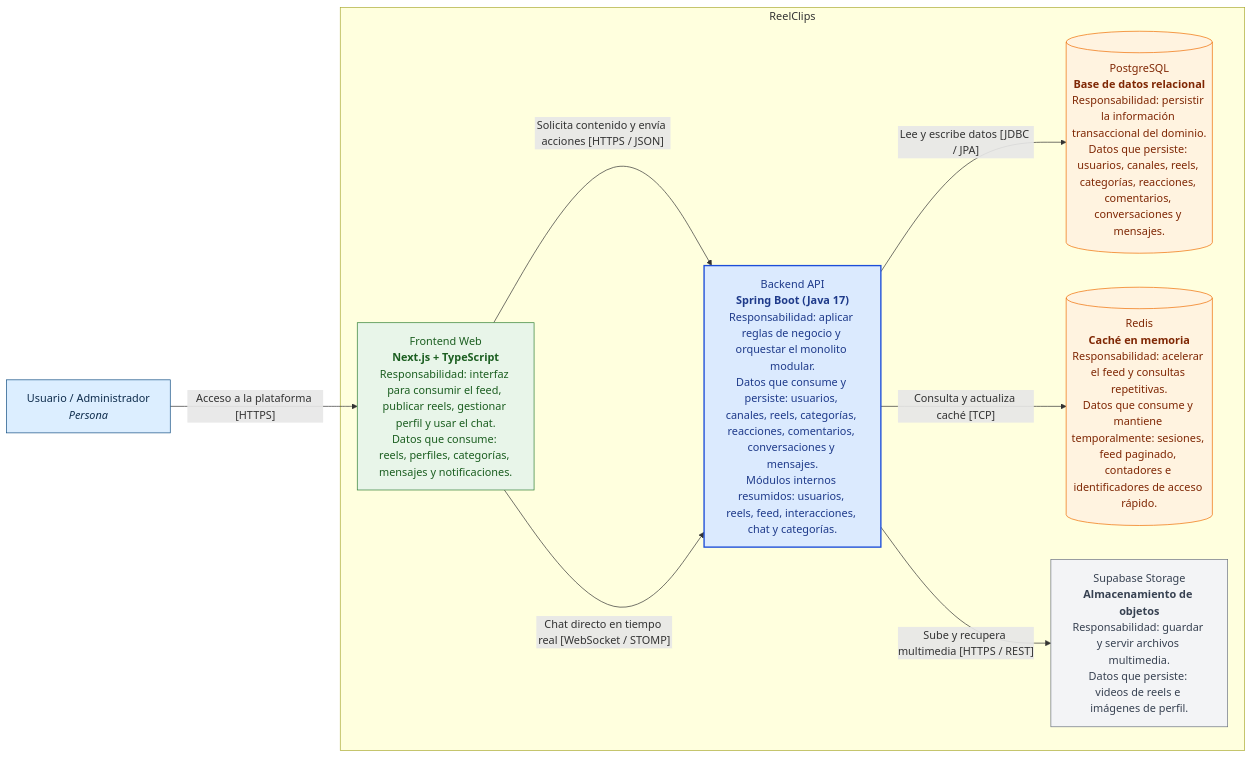
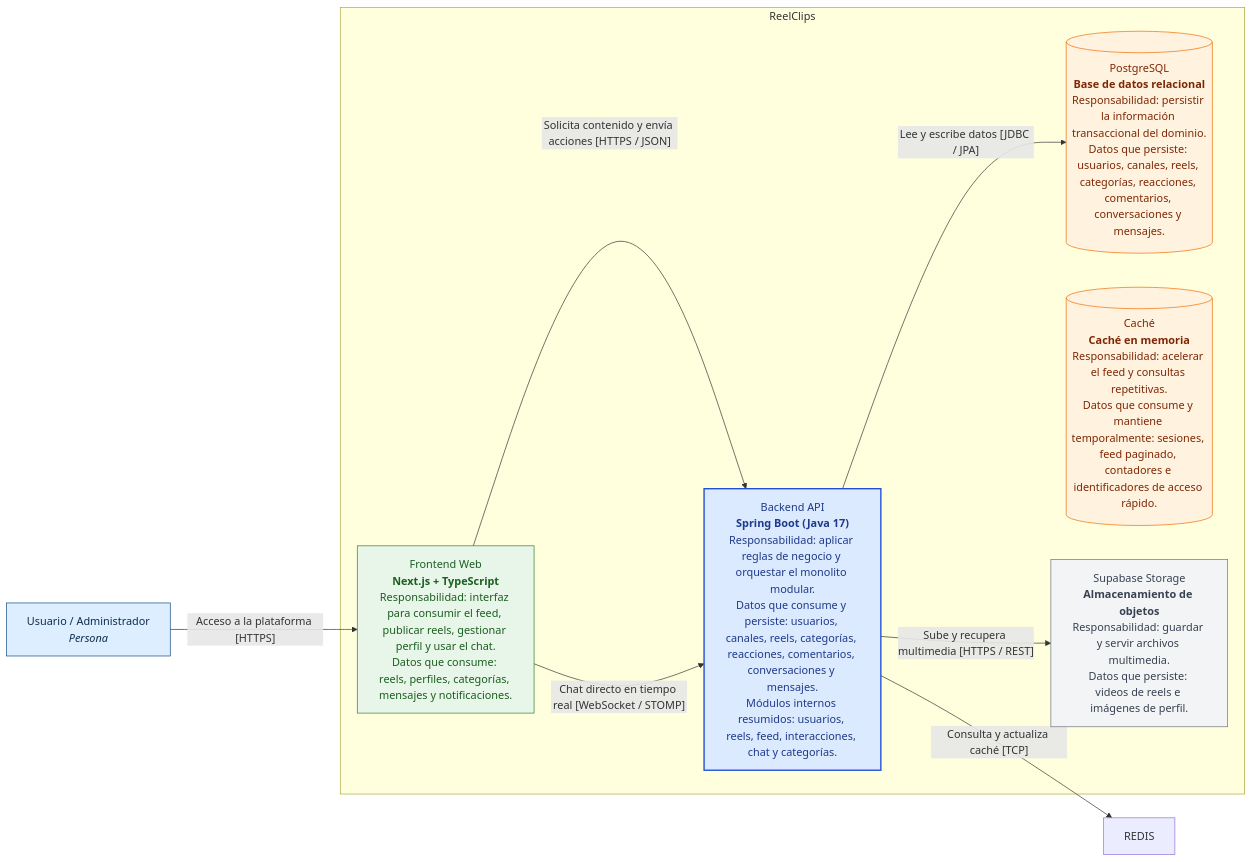
One commit to eduardmesa09/reelclips-backend changed the diagram in docs/arquitectura/c4_models/Nivel 2 Container Diagram.md. Above: the diagram before and after it, drawn with Mermaid. The commit also changed other lines of this file, not shown here.

Commit message:
Rename Redis to Caché in container diagram

````diff
--- a/docs/arquitectura/c4_models/Nivel 2 Container Diagram.md
+++ b/docs/arquitectura/c4_models/Nivel 2 Container Diagram.md
@@ -5,35 +5,35 @@
 ```mermaid
 flowchart LR
     classDef person fill:#dceeff,stroke:#0f4c81,stroke-width:1px,color:#0f2d4d;
     classDef frontend fill:#e8f5e9,stroke:#2e7d32,stroke-width:1px,color:#1b5e20;
     classDef backend fill:#dbeafe,stroke:#1d4ed8,stroke-width:2px,color:#1e3a8a;
     classDef data fill:#fff3e0,stroke:#ef6c00,stroke-width:1px,color:#7f2704;
     classDef ext fill:#f3f4f6,stroke:#6b7280,stroke-width:1px,color:#374151;
     classDef note fill:#fff8d6,stroke:#c9a227,stroke-width:1px,color:#5a4700;
  
     U["Usuario / Administrador<br/><i>Persona</i>"]:::person
  
     subgraph SYS["ReelClips"]
         FE["Frontend Web<br/><b>Next.js + TypeScript</b><br/>Responsabilidad: interfaz para consumir el feed, publicar reels, gestionar perfil y usar el chat.<br/>Datos que consume: reels, perfiles, categorías, mensajes y notificaciones."]:::frontend
  
         API["Backend API<br/><b>Spring Boot (Java 17)</b><br/>Responsabilidad: aplicar reglas de negocio y orquestar el monolito modular.<br/>Datos que consume y persiste: usuarios, canales, reels, categorías, reacciones, comentarios, conversaciones y mensajes.<br/>Módulos internos resumidos: usuarios, reels, feed, interacciones, chat y categorías."]:::backend
  
         PG[("PostgreSQL<br/><b>Base de datos relacional</b><br/>Responsabilidad: persistir la información transaccional del dominio.<br/>Datos que persiste: usuarios, canales, reels, categorías, reacciones, comentarios, conversaciones y mensajes.")]:::data
  
-        REDIS[("Redis<br/><b>Caché en memoria</b><br/>Responsabilidad: acelerar el feed y consultas repetitivas.<br/>Datos que consume y mantiene temporalmente: sesiones, feed paginado, contadores e identificadores de acceso rápido.")]:::data
+        CACHÉ[("Caché<br/><b>Caché en memoria</b><br/>Responsabilidad: acelerar el feed y consultas repetitivas.<br/>Datos que consume y mantiene temporalmente: sesiones, feed paginado, contadores e identificadores de acceso rápido.")]:::data
  
         SUPA["Supabase Storage<br/><b>Almacenamiento de objetos</b><br/>Responsabilidad: guardar y servir archivos multimedia.<br/>Datos que persiste: videos de reels e imágenes de perfil."]:::ext
     end
  
     U -->|"Acceso a la plataforma [HTTPS]"| FE
  
     FE -->|"Solicita contenido y envía acciones [HTTPS / JSON]"| API
  
     FE -->|"Chat directo en tiempo real [WebSocket / STOMP]"| API
  
     API -->|"Lee y escribe datos [JDBC / JPA]"| PG
  
     API -->|"Consulta y actualiza caché [TCP]"| REDIS
  
     API -->|"Sube y recupera multimedia [HTTPS / REST]"| SUPA
 ```
````
